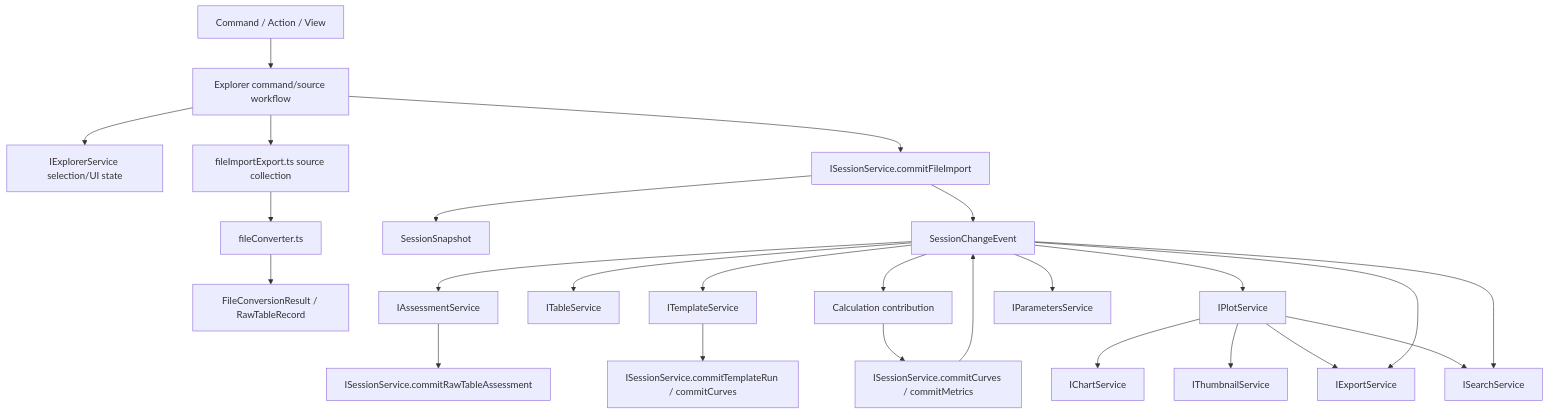
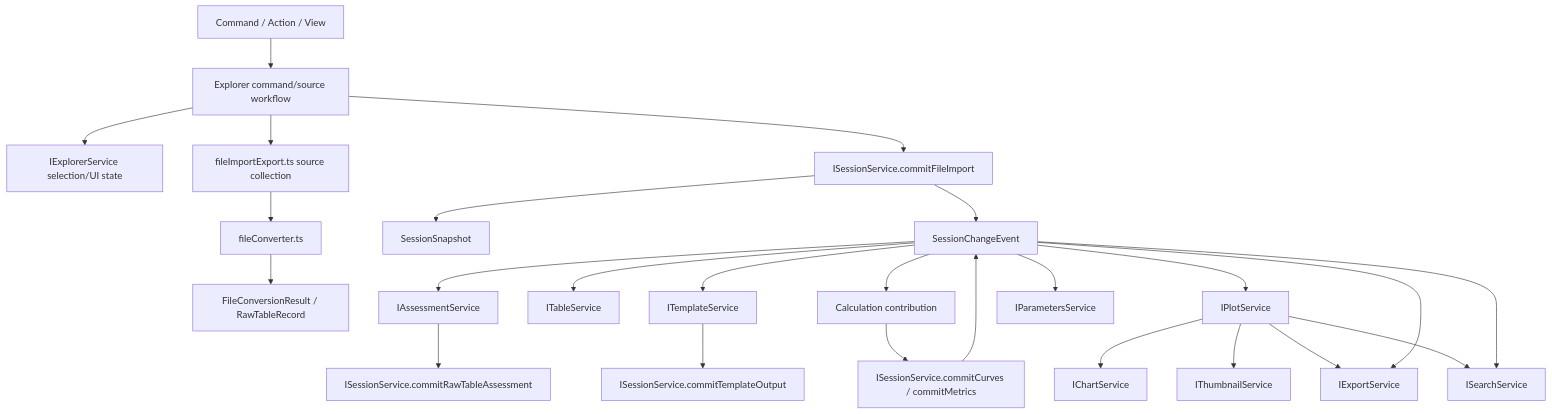
One commit to chogng/conductor changed the second of 8 diagrams in .github/instructions/architecture.instructions.md. Above: the diagram before and after it, drawn with Mermaid. The commit also changed other lines of this file and 22 other files, not shown here.

Commit message:
Add template output commit and pending source sync

````diff
--- a/.github/instructions/architecture.instructions.md
+++ b/.github/instructions/architecture.instructions.md
@@ -496,32 +496,32 @@
 ```mermaid
 flowchart TD
     User[Command / Action / View] --> FilesWorkflow[Explorer command/source workflow]
     FilesWorkflow --> Explorer[IExplorerService selection/UI state]
     FilesWorkflow --> Import[fileImportExport.ts source collection]
     Import --> Converter[fileConverter.ts]
     Converter --> Raw[FileConversionResult / RawTableRecord]
     FilesWorkflow --> Session[ISessionService.commitFileImport]
 
     Session --> Snapshot[SessionSnapshot]
     Session --> Events[SessionChangeEvent]
 
     Events --> Assessment[IAssessmentService]
     Assessment --> SessionAssess[ISessionService.commitRawTableAssessment]
 
     Events --> Table[ITableService]
     Events --> Template[ITemplateService]
-    Template --> SessionTemplate[ISessionService.commitTemplateRun / commitCurves]
+    Template --> SessionTemplate[ISessionService.commitTemplateOutput]
 
     Events --> Calculation[Calculation contribution]
     Calculation --> SessionCalculation[ISessionService.commitCurves / commitMetrics]
     SessionCalculation --> Events
     Events --> Plot[IPlotService]
     Plot --> Chart[IChartService]
     Plot --> Thumbnail[IThumbnailService]
     Plot --> Export[IExportService]
     Plot --> Search[ISearchService]
 
     Events --> Parameters[IParametersService]
     Events --> Export
     Events --> Search
 ```
````
